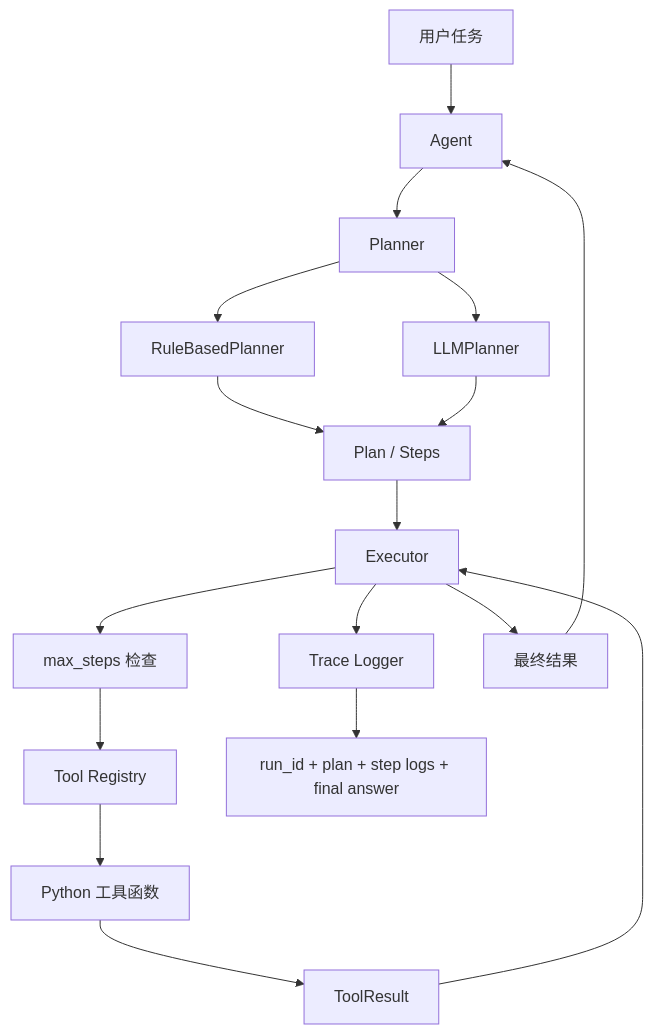
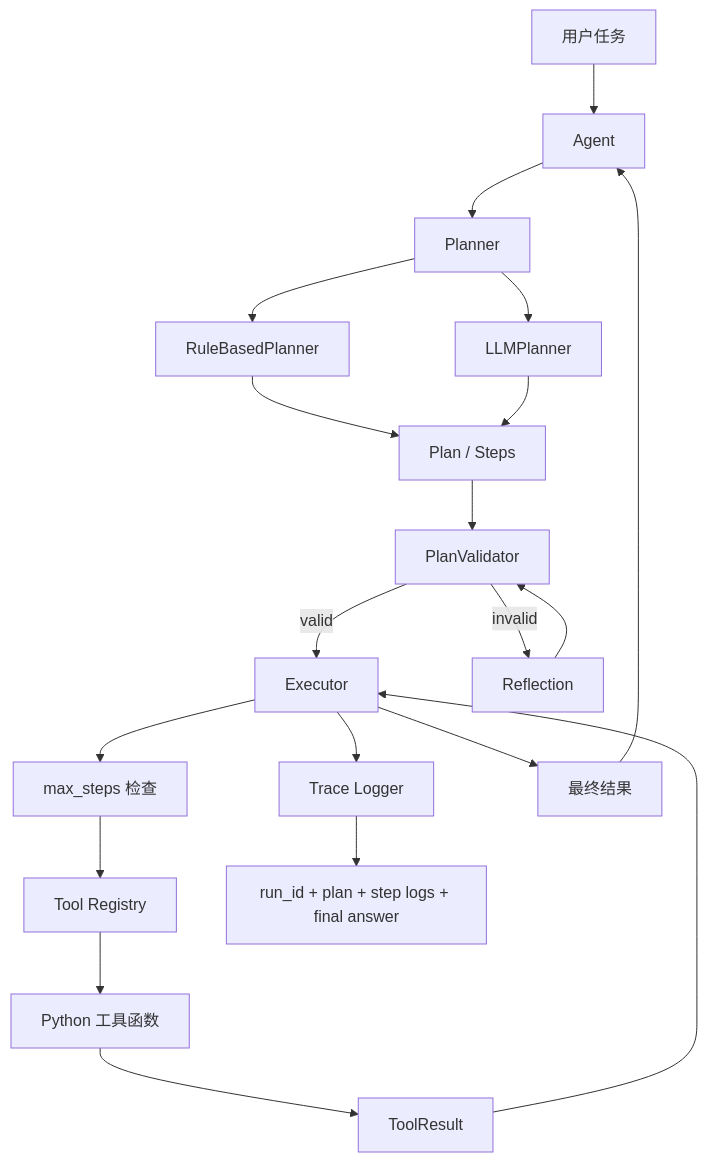
Before and after one commit to WujunhaoGPU/MiniAgentLab: the diagram in README.md, drawn with Mermaid. The commit also changed other lines of this file and 10 other files, not shown here.

Commit message:
add plan validation and reflection

````diff
--- a/README.md
+++ b/README.md
@@ -18,19 +18,22 @@
 ```mermaid
 flowchart TD
     User["用户任务"] --> Agent["Agent"]
     Agent --> Planner["Planner"]
     Planner --> RulePlanner["RuleBasedPlanner"]
     Planner --> LLMPlanner["LLMPlanner"]
     RulePlanner --> Plan["Plan / Steps"]
     LLMPlanner --> Plan
-    Plan --> Executor["Executor"]
+    Plan --> Validator["PlanValidator"]
+    Validator -->|valid| Executor["Executor"]
+    Validator -->|invalid| Reflection["Reflection"]
+    Reflection --> Validator
     Executor --> Guard["max_steps 检查"]
     Guard --> Registry["Tool Registry"]
     Registry --> Tool["Python 工具函数"]
     Tool --> Result["ToolResult"]
     Result --> Executor
     Executor --> Trace["Trace Logger"]
     Trace --> RunTrace["run_id + plan + step logs + final answer"]
     Executor --> Answer["最终结果"]
     Answer --> Agent
 ```
````
